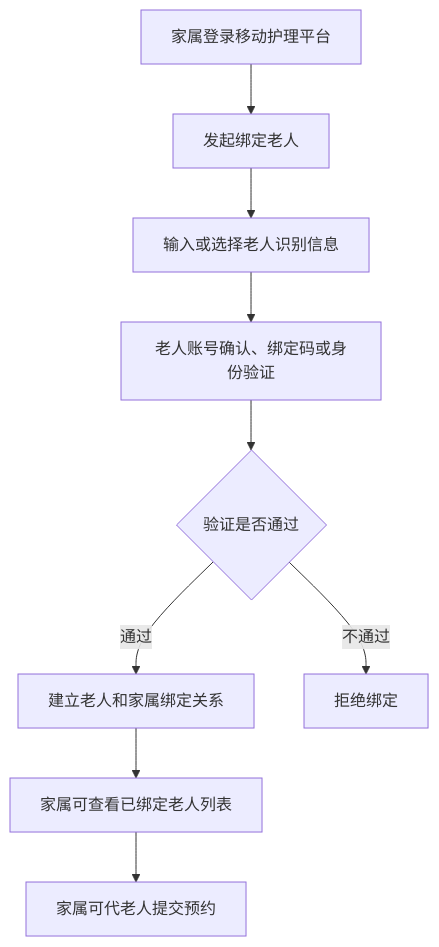
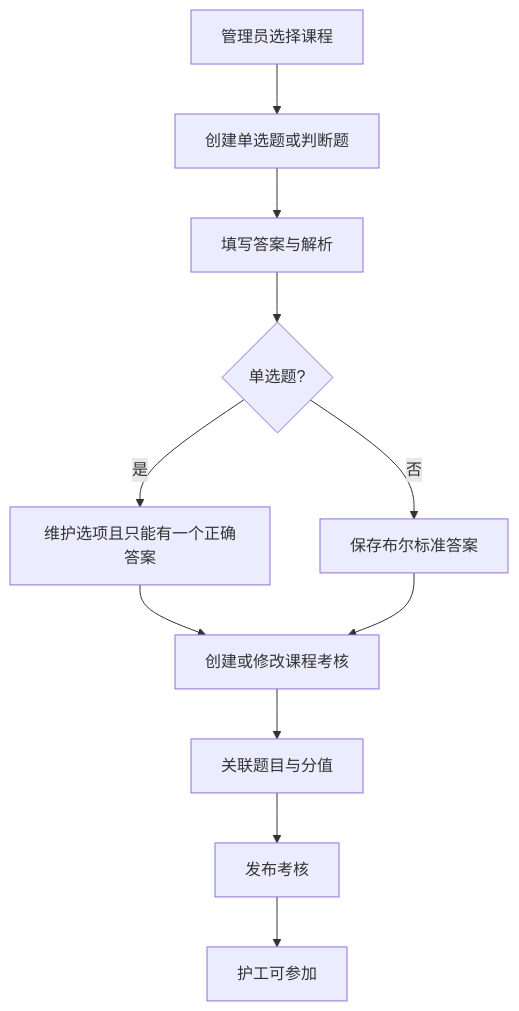
One commit to thesantaana/Care-Nexus changed the fourth of 10 diagrams in docs/requirements/业务流程.md. Above: the diagram before and after it, drawn with Mermaid. The commit also changed other lines of this file, not shown here.

````diff
--- a/docs/requirements/业务流程.md
+++ b/docs/requirements/业务流程.md
@@ -169,11 +76,13 @@
 ```mermaid
 flowchart TD
-    A["家属登录移动护理平台"] --> B["发起绑定老人"]
-    B --> C["输入或选择老人识别信息"]
-    C --> D["老人账号确认、绑定码或身份验证"]
-    D --> E{"验证是否通过"}
-    E -- "通过" --> F["建立老人和家属绑定关系"]
-    F --> G["家属可查看已绑定老人列表"]
-    G --> H["家属可代老人提交预约"]
-    E -- "不通过" --> I["拒绝绑定"]
+    A[管理员选择课程] --> B[创建单选题或判断题]
+    B --> C[填写答案与解析]
+    C --> D{单选题?}
+    D -- 是 --> E[维护选项且只能有一个正确答案]
+    D -- 否 --> F[保存布尔标准答案]
+    E --> G[创建或修改课程考核]
+    F --> G
+    G --> H[关联题目与分值]
+    H --> I[发布考核]
+    I --> J[护工可参加]
 ```
````
